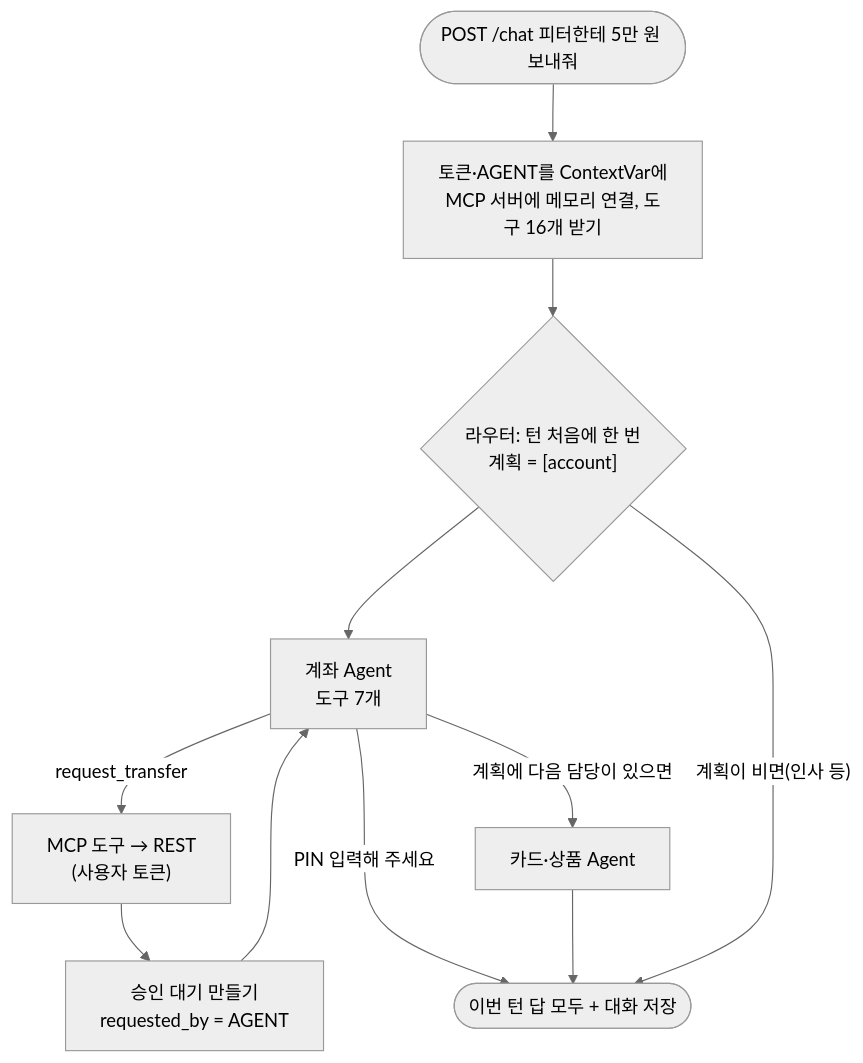
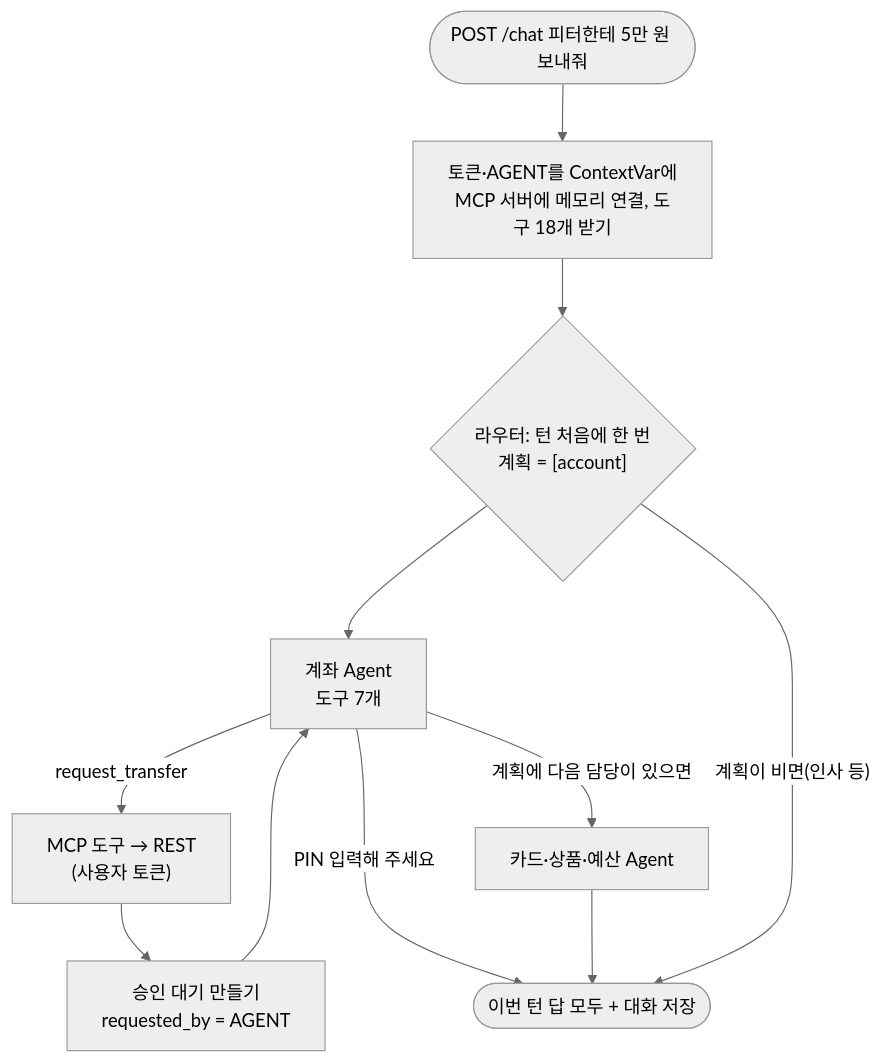
The diagram in docs/guides/12-agent.md (noviz-domino/avengers-bank-noviz), drawn with Mermaid (neutral theme) before and after one commit. The commit also changed other lines of this file and 79 other files, not shown here.

````diff
--- a/docs/guides/12-agent.md
+++ b/docs/guides/12-agent.md
@@ -22,13 +22,13 @@
 ```mermaid
 flowchart TD
-    U([POST /chat 피터한테 5만 원 보내줘]) --> T["토큰·AGENT를 ContextVar에<br/>MCP 서버에 메모리 연결, 도구 16개 받기"]
+    U([POST /chat 피터한테 5만 원 보내줘]) --> T["토큰·AGENT를 ContextVar에<br/>MCP 서버에 메모리 연결, 도구 18개 받기"]
     T --> S{"라우터: 턴 처음에 한 번<br/>계획 = [account]"}
     S --> A["계좌 Agent<br/>도구 7개"]
     A -- "request_transfer" --> M["MCP 도구 → REST<br/>(사용자 토큰)"]
     M --> P["승인 대기 만들기<br/>requested_by = AGENT"]
     P --> A
-    A -- "계획에 다음 담당이 있으면" --> C["카드·상품 Agent"]
+    A -- "계획에 다음 담당이 있으면" --> C["카드·상품·예산 Agent"]
     A -- "PIN 입력해 주세요" --> R([이번 턴 답 모두 + 대화 저장])
     C --> R
     S -- "계획이 비면(인사 등)" --> R
 ```
````
